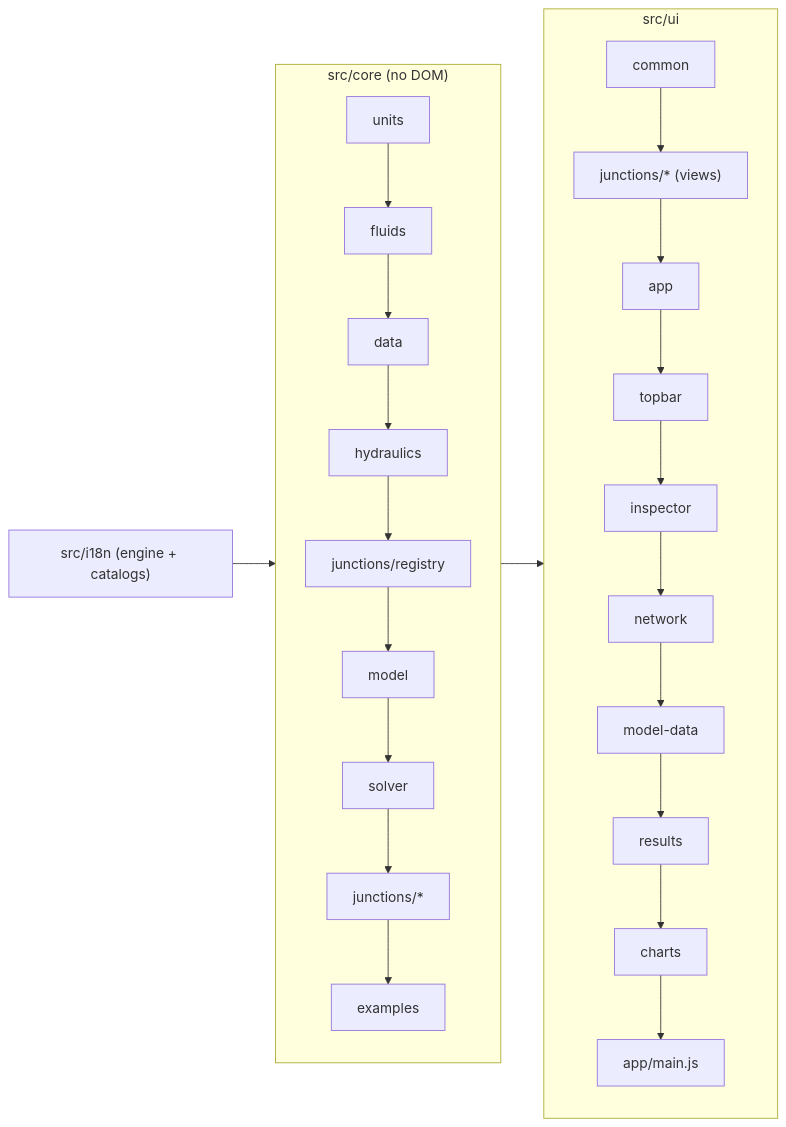
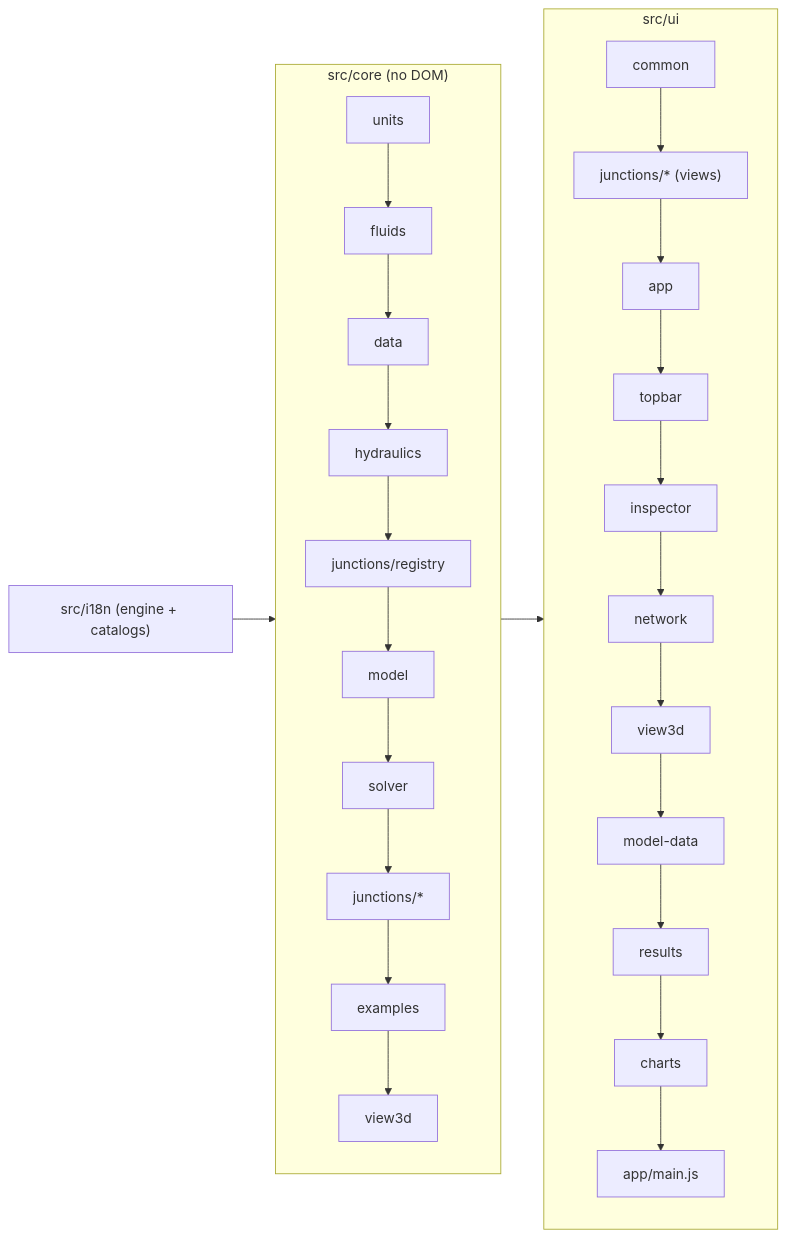
One commit to rafaperk/pumpit changed the diagram in docs/ARCHITECTURE.md. Above: the diagram before and after it, drawn with Mermaid. The commit also changed other lines of this file and 71 other files, not shown here.

````diff
--- a/docs/ARCHITECTURE.md
+++ b/docs/ARCHITECTURE.md
@@ -15,11 +15,11 @@
 ```mermaid
 flowchart LR
   i18n["src/i18n (engine + catalogs)"] --> core
   subgraph core["src/core (no DOM)"]
-    units --> fluids --> data --> hydraulics --> registry["junctions/registry"] --> model --> solver --> jtypes["junctions/*"] --> examples
+    units --> fluids --> data --> hydraulics --> registry["junctions/registry"] --> model --> solver --> jtypes["junctions/*"] --> examples --> view3d
   end
   subgraph ui["src/ui"]
-    common --> jviews["junctions/* (views)"] --> app --> topbar --> inspector --> network --> modeldata["model-data"] --> results --> charts --> main["app/main.js"]
+    common --> jviews["junctions/* (views)"] --> app --> topbar --> inspector --> network --> view3dui["view3d"] --> modeldata["model-data"] --> results --> charts --> main["app/main.js"]
   end
   core --> ui
 ```
````
